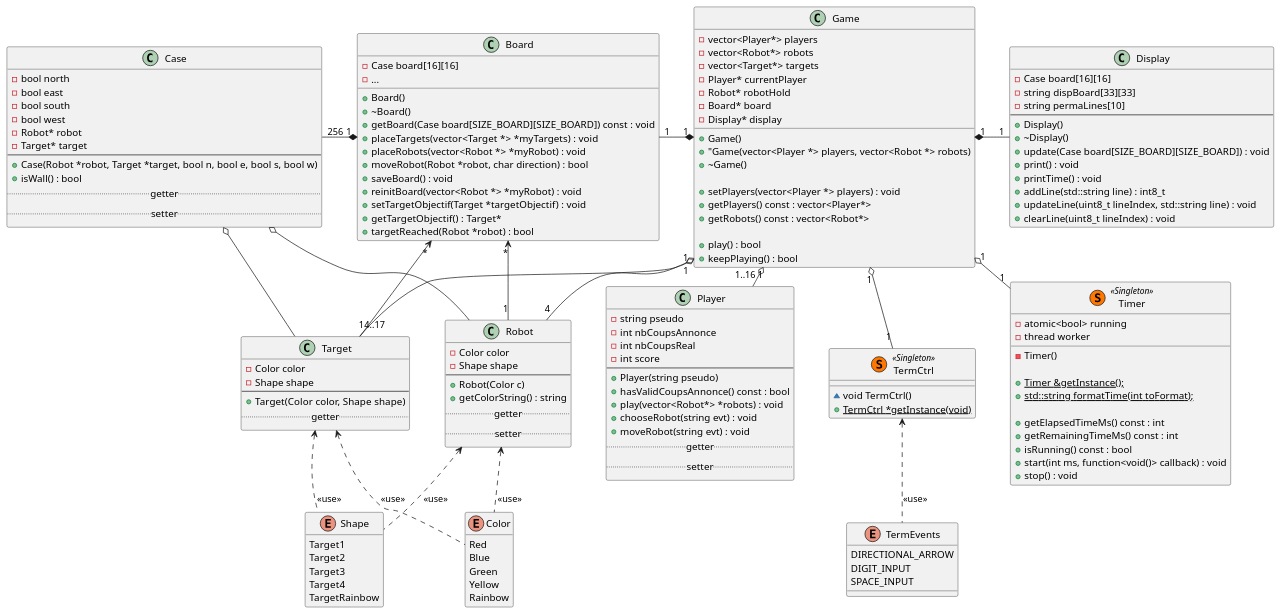
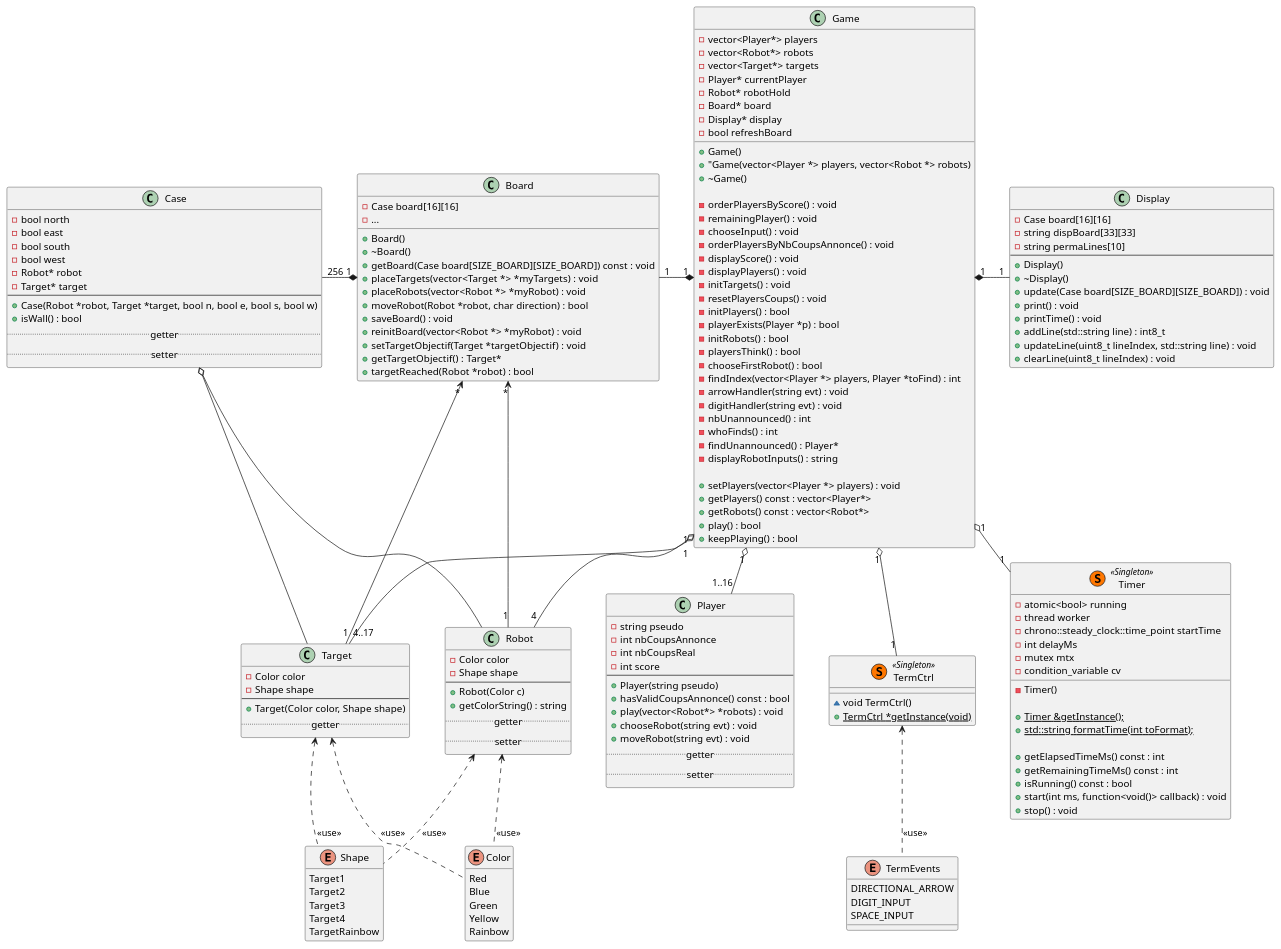
The diagram in doc/UMLDiagram.puml (ECN-SEC-SMP/tp11-note-nath-jack-elou-euge), drawn with PlantUML before and after one commit.

Commit message:
add private method into UMLDiagram

```diff
--- a/doc/UMLDiagram.puml
+++ b/doc/UMLDiagram.puml
@@ -15,15 +15,36 @@
     - Robot* robotHold
     - Board* board
     - Display* display
+    - bool refreshBoard
 
     + Game()
     + "Game(vector<Player *> players, vector<Robot *> robots)
     + ~Game()
 
+    - orderPlayersByScore() : void
+    - remainingPlayer() : void
+    - chooseInput() : void
+    - orderPlayersByNbCoupsAnnonce() : void
+    - displayScore() : void
+    - displayPlayers() : void
+    - initTargets() : void
+    - resetPlayersCoups() : void
+    - initPlayers() : bool
+    - playerExists(Player *p) : bool
+    - initRobots() : bool
+    - playersThink() : bool
+    - chooseFirstRobot() : bool
+    - findIndex(vector<Player *> players, Player *toFind) : int
+    - arrowHandler(string evt) : void
+    - digitHandler(string evt) : void
+    - nbUnannounced() : int
+    - whoFinds() : int
+    - findUnannounced() : Player*
+    - displayRobotInputs() : string
+
     + setPlayers(vector<Player *> players) : void
     + getPlayers() const : vector<Player*>
     + getRobots() const : vector<Robot*>
-
     + play() : bool
     + keepPlaying() : bool    
 }
@@ -141,7 +162,10 @@
 
     - atomic<bool> running
     - thread worker
-
+    - chrono::steady_clock::time_point startTime
+    - int delayMs
+    - mutex mtx
+    - condition_variable cv
     - Timer()
 
     + {static} Timer &getInstance();
```
